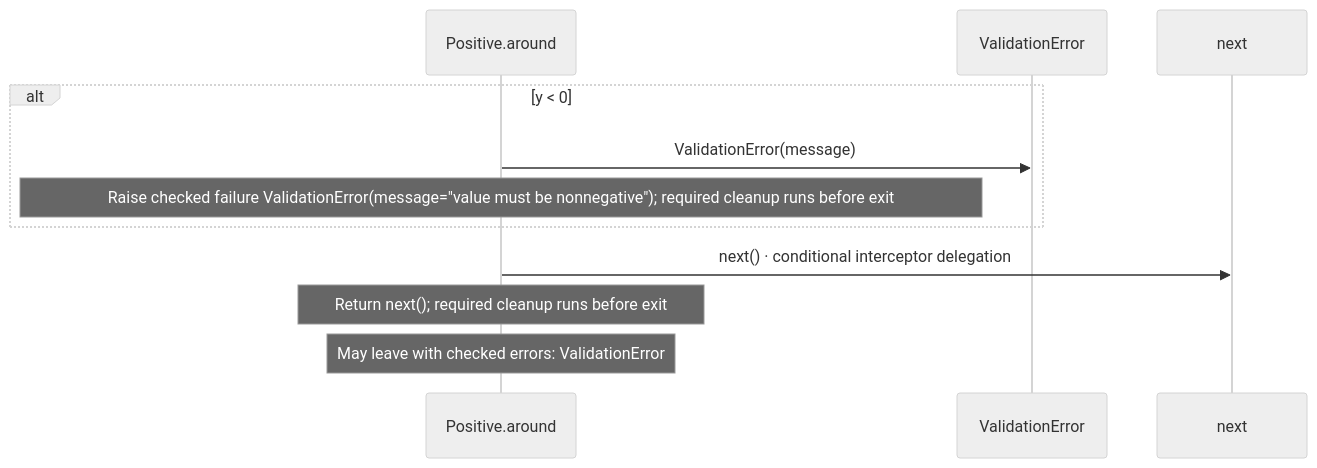
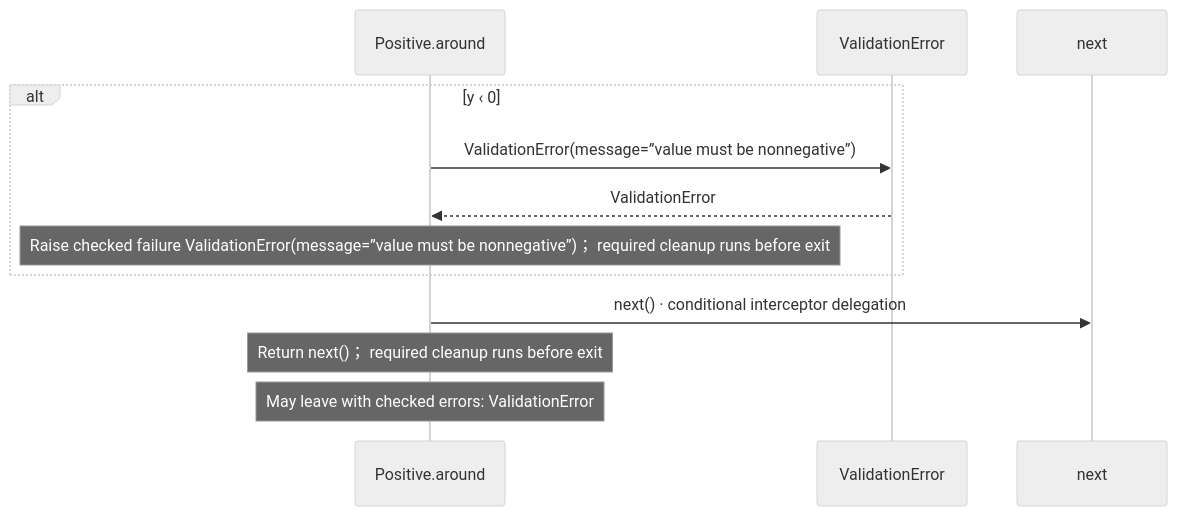
One commit to GreenPandaStudios/augscript changed the fourth of 5 diagrams in docs/examples/interceptors/interceptors-diagrams.md. Above: the diagram before and after it, drawn with Mermaid (neutral theme). The commit also changed other lines of this file and 524 other files, not shown here.

Commit message:
Explain checked data flow at folder and service levels

````diff
--- a/docs/examples/interceptors/interceptors-diagrams.md
+++ b/docs/examples/interceptors/interceptors-diagrams.md
@@ -85,13 +80,14 @@
 ```mermaid
 sequenceDiagram
     participant p0 as Positive.around
     participant p1 as ValidationError
     participant p2 as next
-    alt y #60; 0
-    p0->>p1: ValidationError(message)
-    Note over p0: Raise checked failure ValidationError(message=#34;value must be nonnegative#34;)#59; required cleanup runs before exit
+    alt y ‹ 0
+    p0->>p1: ValidationError(message=”value must be nonnegative”)
+    p1-->>p0: ValidationError
+    Note over p0: Raise checked failure ValidationError(message=”value must be nonnegative”)； required cleanup runs before exit
     end
     p0->>p2: next() · conditional interceptor delegation
-    Note over p0: Return next()#59; required cleanup runs before exit
+    Note over p0: Return next()； required cleanup runs before exit
     Note over p0: May leave with checked errors: ValidationError
 ```
````
